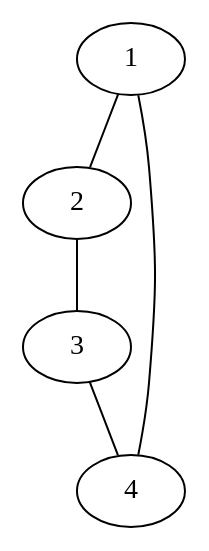
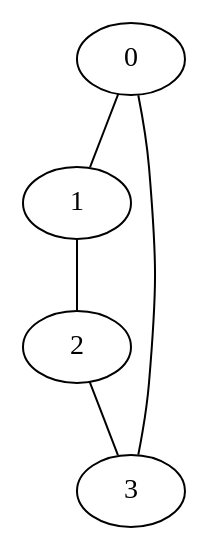
One commit to McFlip/k-automorphic-graph changed the diagram in test_k_8.dot. Above: the diagram before and after it, drawn with Graphviz. The commit also changed 8 other files, not shown here.

```diff
--- a/test_k_8.dot
+++ b/test_k_8.dot
@@ -1,10 +1,10 @@
 graph g {
+  0;
   1;
   2;
   3;
-  4;
+  0 -- 1;
+  0 -- 3;
   1 -- 2;
-  1 -- 4;
   2 -- 3;
-  3 -- 4;
 }
```
